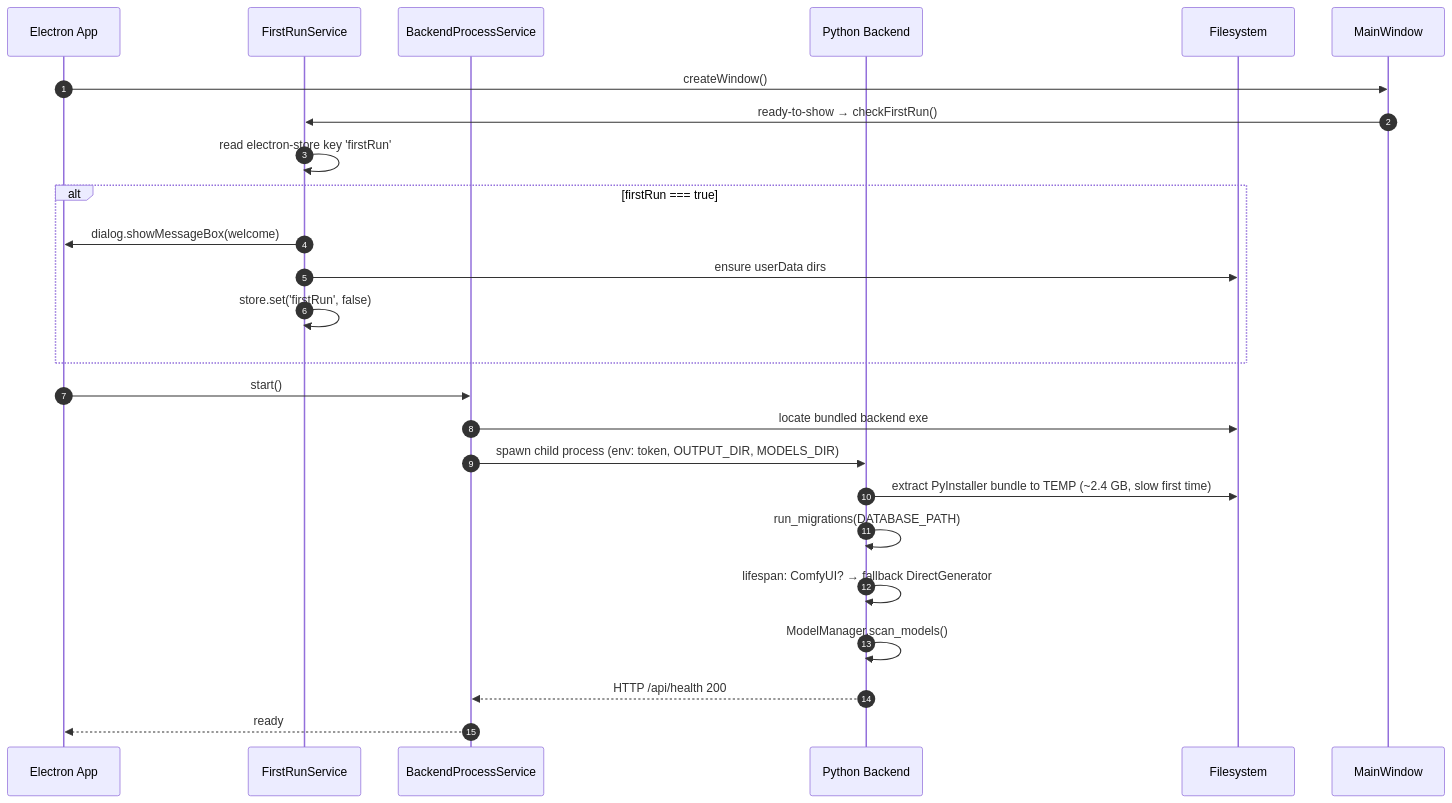
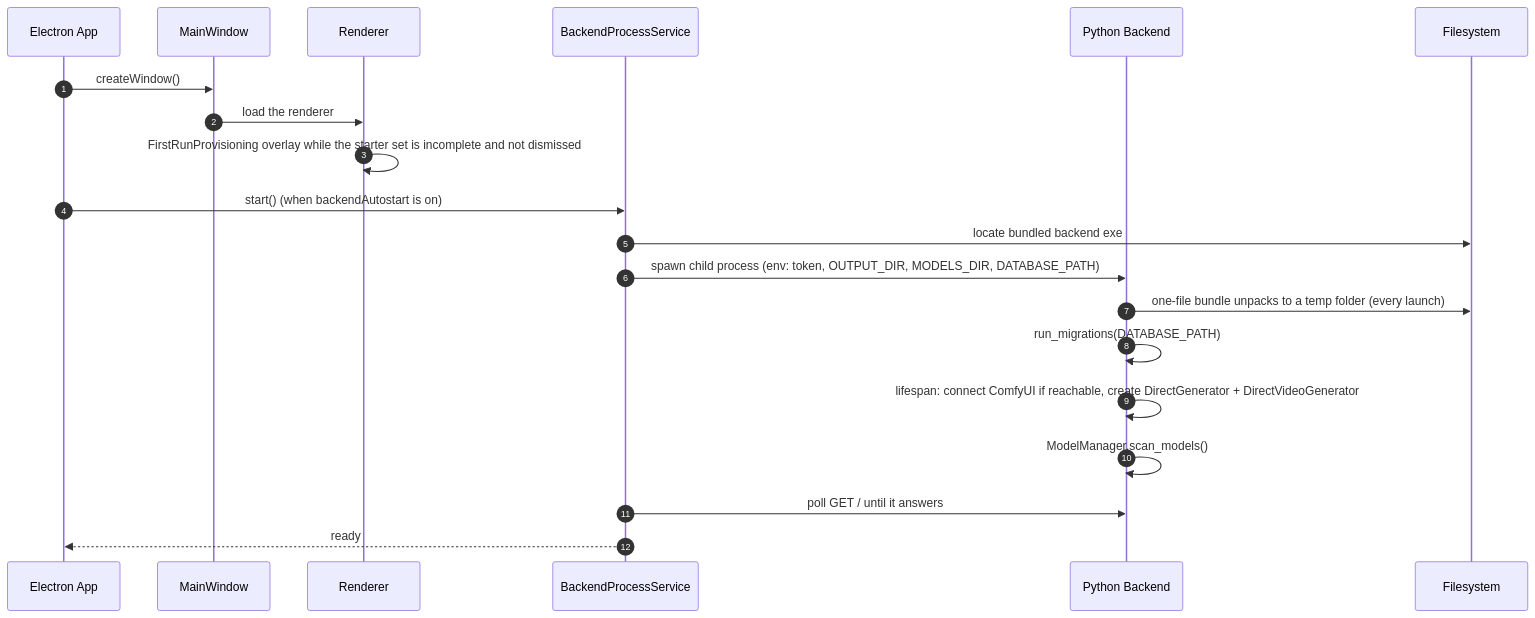
The sixth of 9 diagrams in docs/ARCHITECTURE.md (Git-Rocky-Stack/vision-studio), drawn with Mermaid before and after one commit. The commit also changed other lines of this file and 9 other files, not shown here.

````diff
--- a/docs/ARCHITECTURE.md
+++ b/docs/ARCHITECTURE.md
@@ -508,28 +538,23 @@
 ```mermaid
 sequenceDiagram
     autonumber
     participant App as Electron App
-    participant FR as FirstRunService
+    participant Win as MainWindow
+    participant UI as Renderer
     participant BP as BackendProcessService
     participant Py as Python Backend
     participant FS as Filesystem
-    participant Win as MainWindow
 
     App->>Win: createWindow()
-    Win->>FR: ready-to-show → checkFirstRun()
-    FR->>FR: read electron-store key 'firstRun'
-    alt firstRun === true
-        FR->>App: dialog.showMessageBox(welcome)
-        FR->>FS: ensure userData dirs
-        FR->>FR: store.set('firstRun', false)
-    end
-    App->>BP: start()
+    Win->>UI: load the renderer
+    UI->>UI: FirstRunProvisioning overlay while the starter set is incomplete and not dismissed
+    App->>BP: start() (when backendAutostart is on)
     BP->>FS: locate bundled backend exe
-    BP->>Py: spawn child process (env: token, OUTPUT_DIR, MODELS_DIR)
-    Py->>FS: extract PyInstaller bundle to TEMP (~2.4 GB, slow first time)
+    BP->>Py: spawn child process (env: token, OUTPUT_DIR, MODELS_DIR, DATABASE_PATH)
+    Py->>FS: one-file bundle unpacks to a temp folder (every launch)
     Py->>Py: run_migrations(DATABASE_PATH)
-    Py->>Py: lifespan: ComfyUI? → fallback DirectGenerator
+    Py->>Py: lifespan: connect ComfyUI if reachable, create DirectGenerator + DirectVideoGenerator
     Py->>Py: ModelManager.scan_models()
-    Py-->>BP: HTTP /api/health 200
+    BP->>Py: poll GET / until it answers
     BP-->>App: ready
 ```
````
